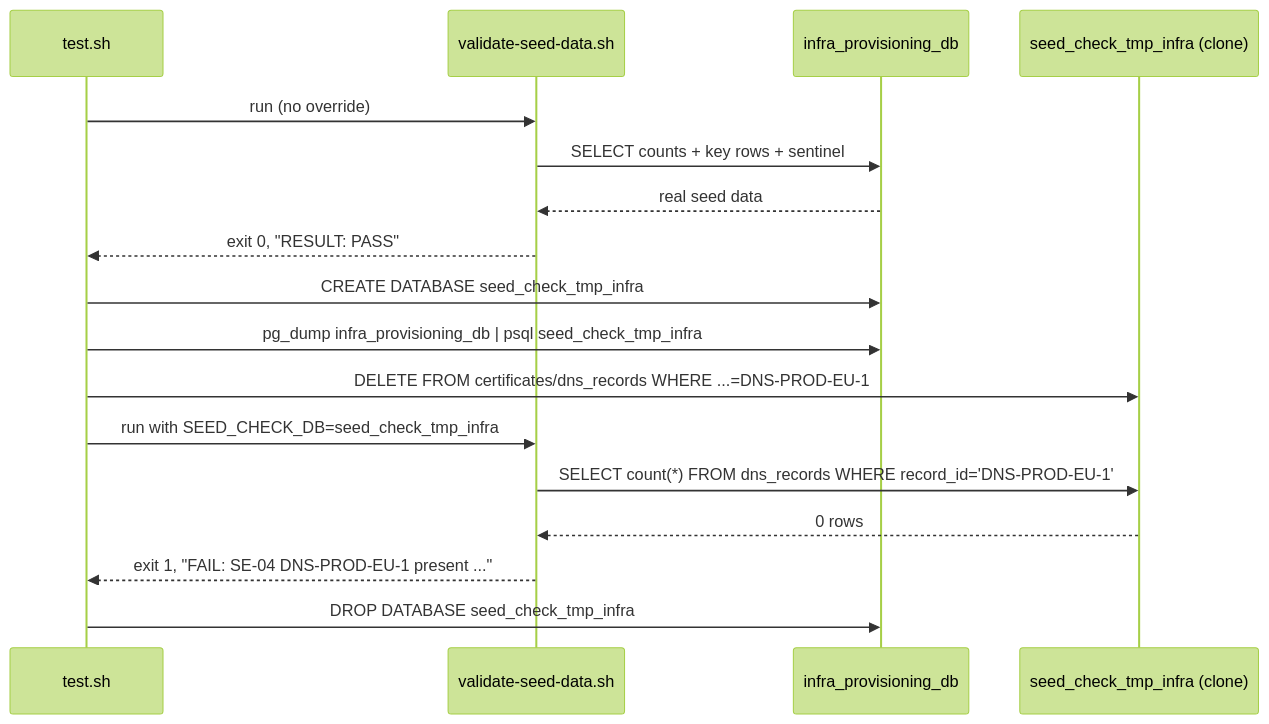
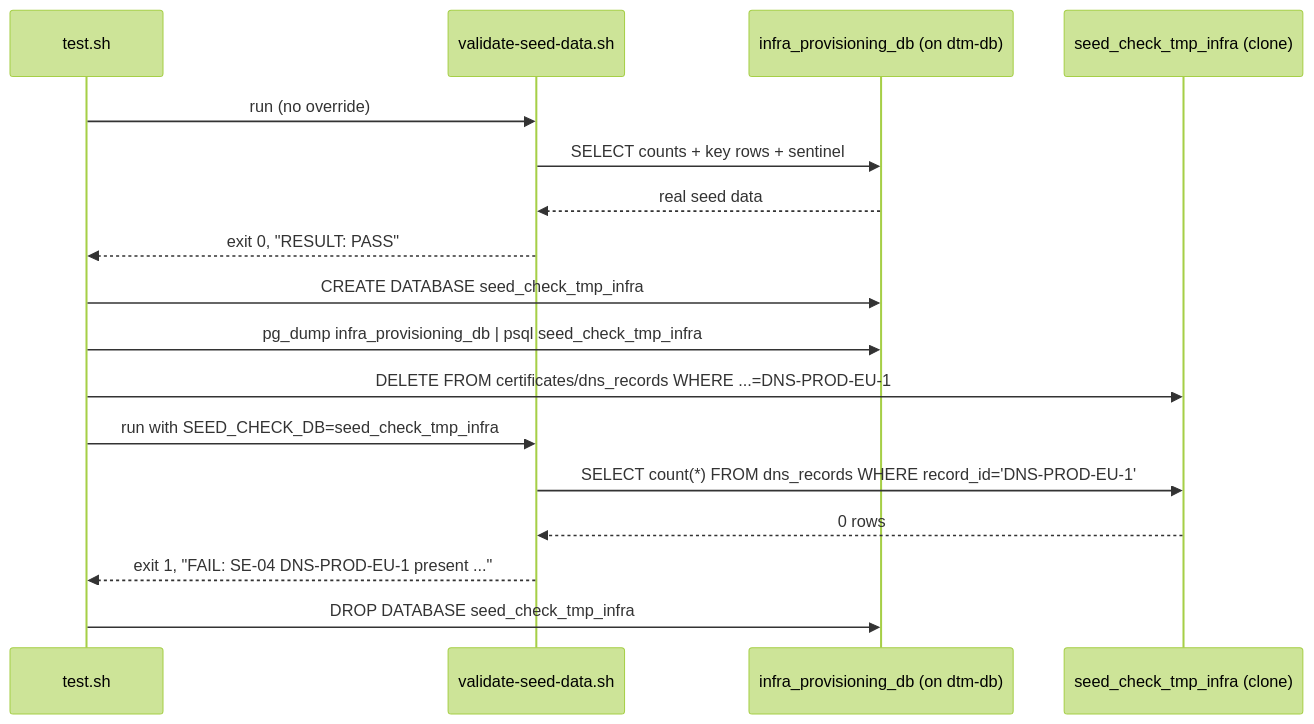
One commit to inctasoft/setpoint-evals-dtm-examples changed the diagram in workflows/infra-provisioning/setpoint-evals/SE-06-seed-data-integrity/README.md. Above: the diagram before and after it, drawn with Mermaid (forest theme). The commit also changed other lines of this file and 15 other files, not shown here.

````diff
--- a/workflows/infra-provisioning/setpoint-evals/SE-06-seed-data-integrity/README.md
+++ b/workflows/infra-provisioning/setpoint-evals/SE-06-seed-data-integrity/README.md
@@ -17,21 +18,21 @@
 ```mermaid
 sequenceDiagram
     participant T as test.sh
     participant V as validate-seed-data.sh
-    participant DB as infra_provisioning_db
+    participant DB as infra_provisioning_db (on dtm-db)
     participant Clone as seed_check_tmp_infra (clone)
 
     T->>V: run (no override)
     V->>DB: SELECT counts + key rows + sentinel
     DB-->>V: real seed data
     V-->>T: exit 0, "RESULT: PASS"
 
     T->>DB: CREATE DATABASE seed_check_tmp_infra
     T->>DB: pg_dump infra_provisioning_db | psql seed_check_tmp_infra
     T->>Clone: DELETE FROM certificates/dns_records WHERE ...=DNS-PROD-EU-1
     T->>V: run with SEED_CHECK_DB=seed_check_tmp_infra
     V->>Clone: SELECT count(*) FROM dns_records WHERE record_id='DNS-PROD-EU-1'
     Clone-->>V: 0 rows
     V-->>T: exit 1, "FAIL: SE-04 DNS-PROD-EU-1 present ..."
     T->>DB: DROP DATABASE seed_check_tmp_infra
 ```
````
